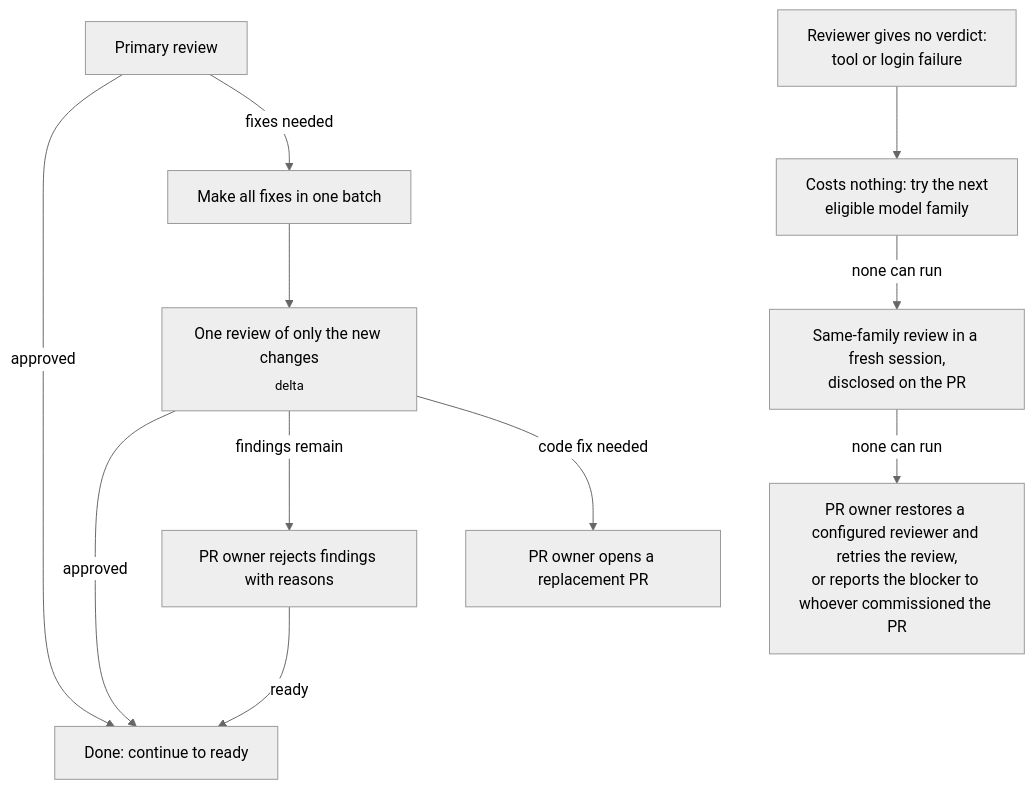
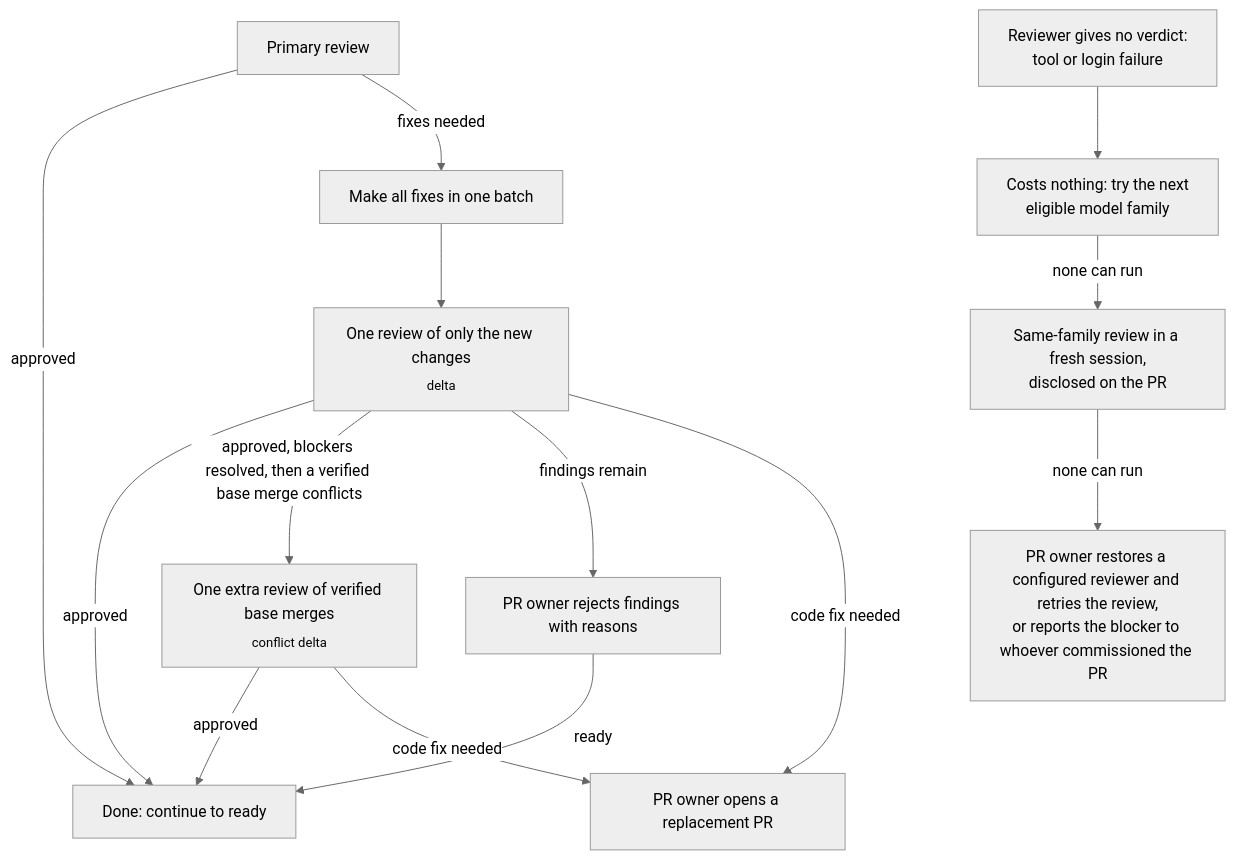
The second of 3 diagrams in docs/WORKFLOW.md (feder-positronics/loop-zero), drawn with Mermaid (neutral theme) before and after one commit. The commit also changed 5 other files, not shown here.

````diff
--- a/docs/WORKFLOW.md
+++ b/docs/WORKFLOW.md
@@ -37,13 +37,16 @@
 ```mermaid
 flowchart TD
     A["Primary review"] -->|approved| Z["Done: continue to ready"]
     A -->|fixes needed| B["Make all fixes in one batch"]
     B --> C["One review of only the new changes<br/><sub>delta</sub>"]
     C -->|approved| Z
+    C -->|approved, blockers resolved, then a verified base merge conflicts| M["One extra review of verified base merges<br/><sub>conflict delta</sub>"]
+    M -->|approved| Z
+    M -->|code fix needed| E
     C -->|findings remain| D["PR owner rejects findings with reasons"]
     D -->|ready| Z
     C -->|code fix needed| E["PR owner opens a replacement PR"]
     G["Reviewer gives no verdict:<br/>tool or login failure"] --> H["Costs nothing: try the next<br/>eligible model family"]
     H -->|none can run| J["Same-family review in a fresh session,<br/>disclosed on the PR"]
     J -->|none can run| I["PR owner restores a configured reviewer and retries the review,<br/>or reports the blocker to whoever commissioned the PR"]
 ```
````
